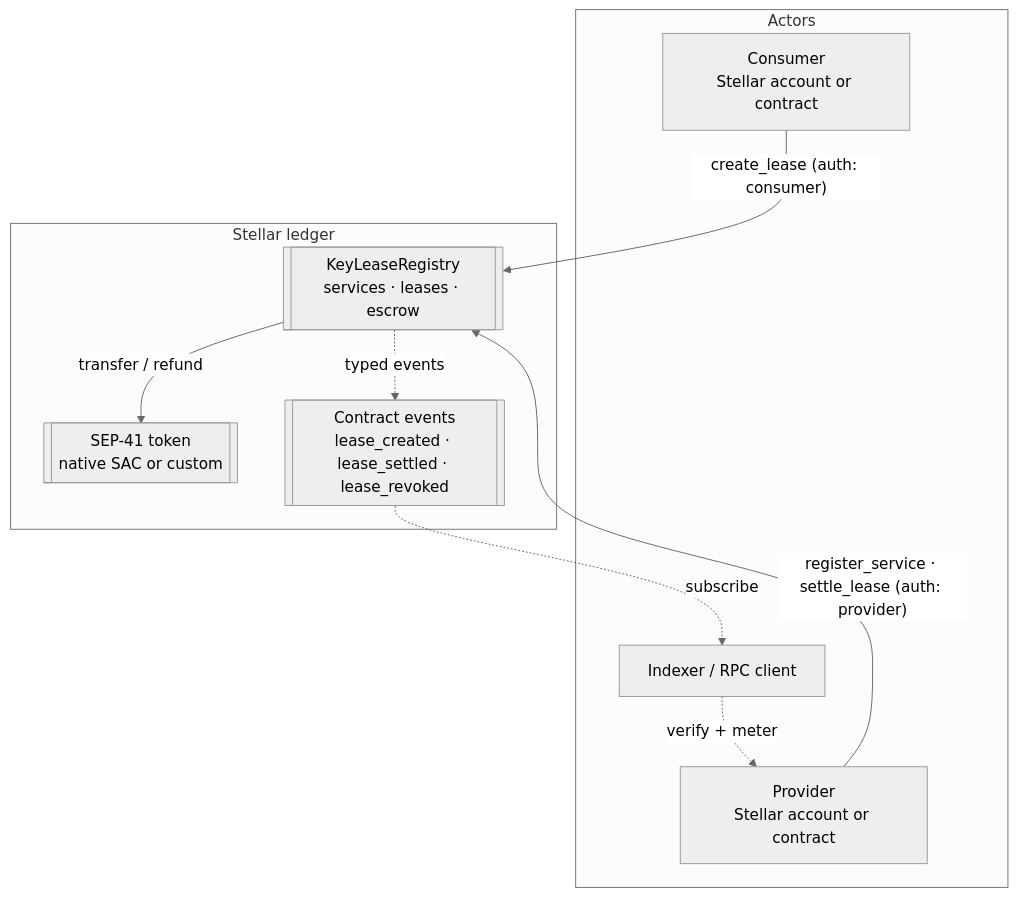
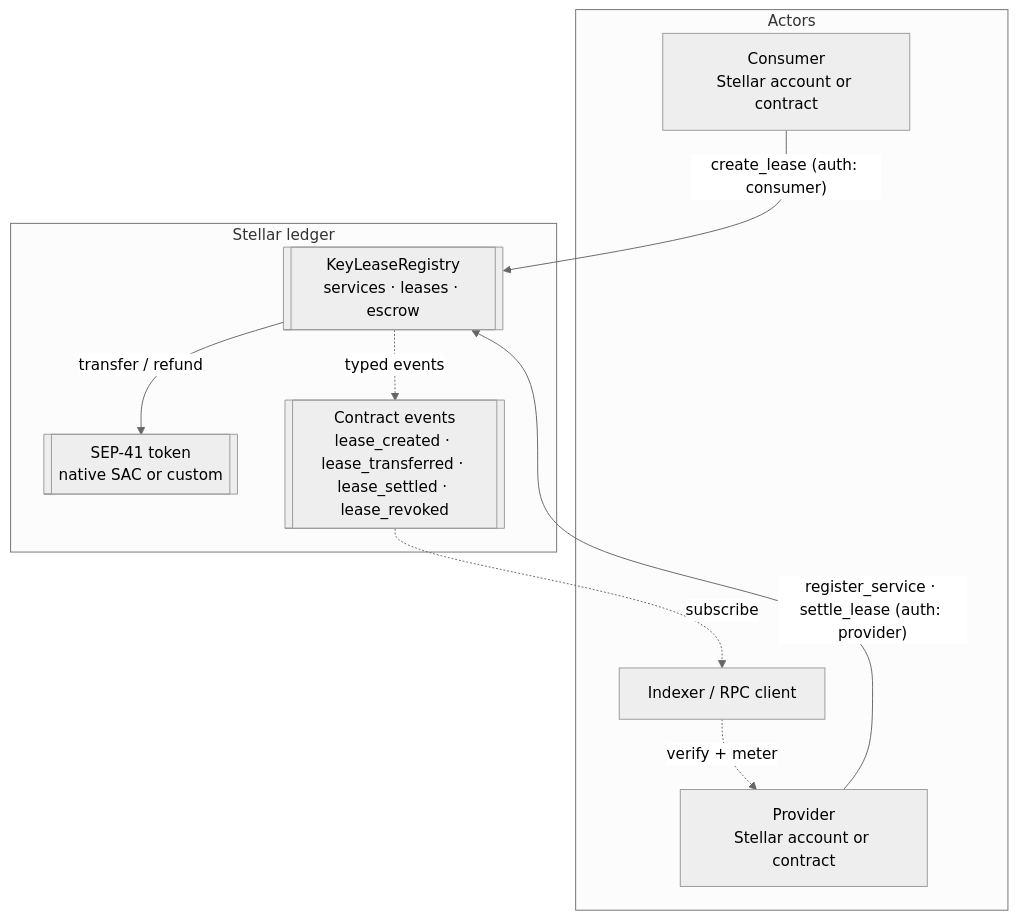
Before and after one commit to Adebisi-1/keylease-core: the first of 5 diagrams in docs/architecture.md, drawn with Mermaid (neutral theme). The commit also changed other lines of this file and 14 other files, not shown here.

````diff
--- a/docs/architecture.md
+++ b/docs/architecture.md
@@ -10,21 +10,21 @@
 ```mermaid
 flowchart TB
     subgraph Actors
         DEV["Consumer<br/>Stellar account or contract"]
         PROV["Provider<br/>Stellar account or contract"]
         IDX["Indexer / RPC client"]
     end
 
     subgraph "Stellar ledger"
         REG[["KeyLeaseRegistry<br/>services · leases · escrow"]]
         TOK[["SEP-41 token<br/>native SAC or custom"]]
-        EV[["Contract events<br/>lease_created · lease_settled · lease_revoked"]]
+        EV[["Contract events<br/>lease_created · lease_transferred · lease_settled · lease_revoked"]]
     end
 
     DEV -- "create_lease (auth: consumer)" --> REG
     PROV -- "register_service · settle_lease (auth: provider)" --> REG
     REG -- "transfer / refund" --> TOK
     REG -. "typed events" .-> EV
     EV -. "subscribe" .-> IDX
     IDX -. "verify + meter" .-> PROV
 ```
````
